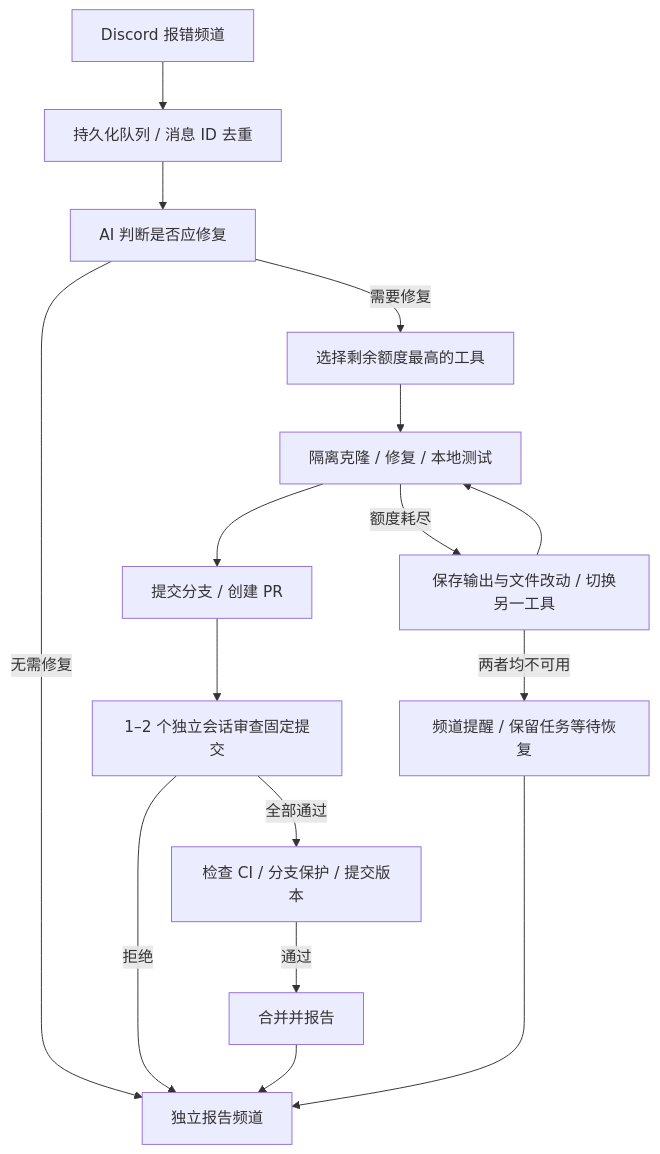
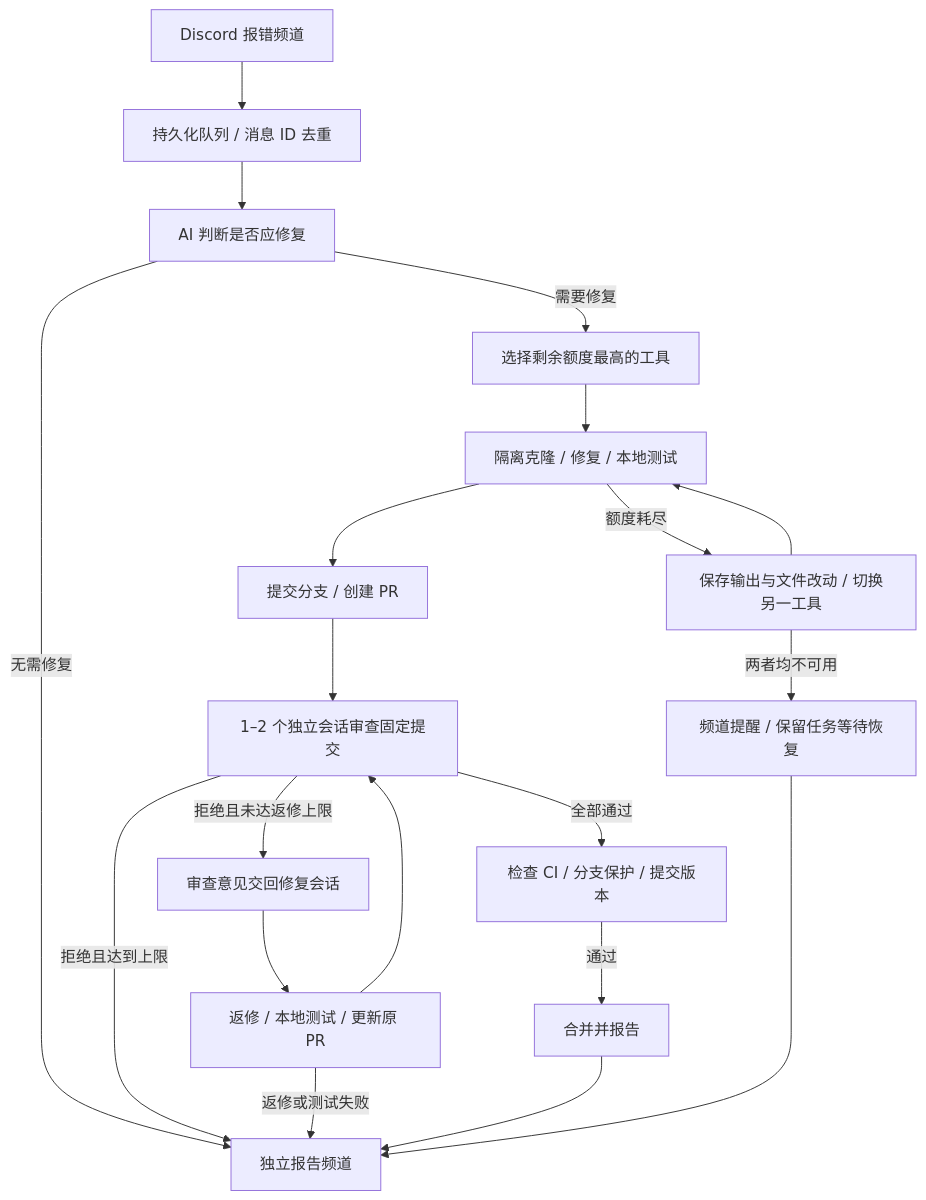
Before and after one commit to Bryan-Kuang/Repairbot: the diagram in README.md, drawn with Mermaid. The commit also changed other lines of this file and 6 other files, not shown here.

````diff
--- a/README.md
+++ b/README.md
@@ -7,18 +7,22 @@
 ```mermaid
 flowchart TD
     A[Discord 报错频道] --> B[持久化队列 / 消息 ID 去重]
     B --> C[AI 判断是否应修复]
     C -->|无需修复| R[独立报告频道]
     C -->|需要修复| D[选择剩余额度最高的工具]
     D --> E[隔离克隆 / 修复 / 本地测试]
     E --> P[提交分支 / 创建 PR]
     P --> V[1–2 个独立会话审查固定提交]
-    V -->|拒绝| R
+    V -->|拒绝且未达返修上限| H[审查意见交回修复会话]
+    H --> U[返修 / 本地测试 / 更新原 PR]
+    U --> V
+    V -->|拒绝且达到上限| R
+    U -->|返修或测试失败| R
     V -->|全部通过| G[检查 CI / 分支保护 / 提交版本]
     G -->|通过| M[合并并报告]
     E -->|额度耗尽| F[保存输出与文件改动 / 切换另一工具]
     F --> E
     F -->|两者均不可用| W[频道提醒 / 保留任务等待恢复]
     M --> R
     W --> R
 ```
````
